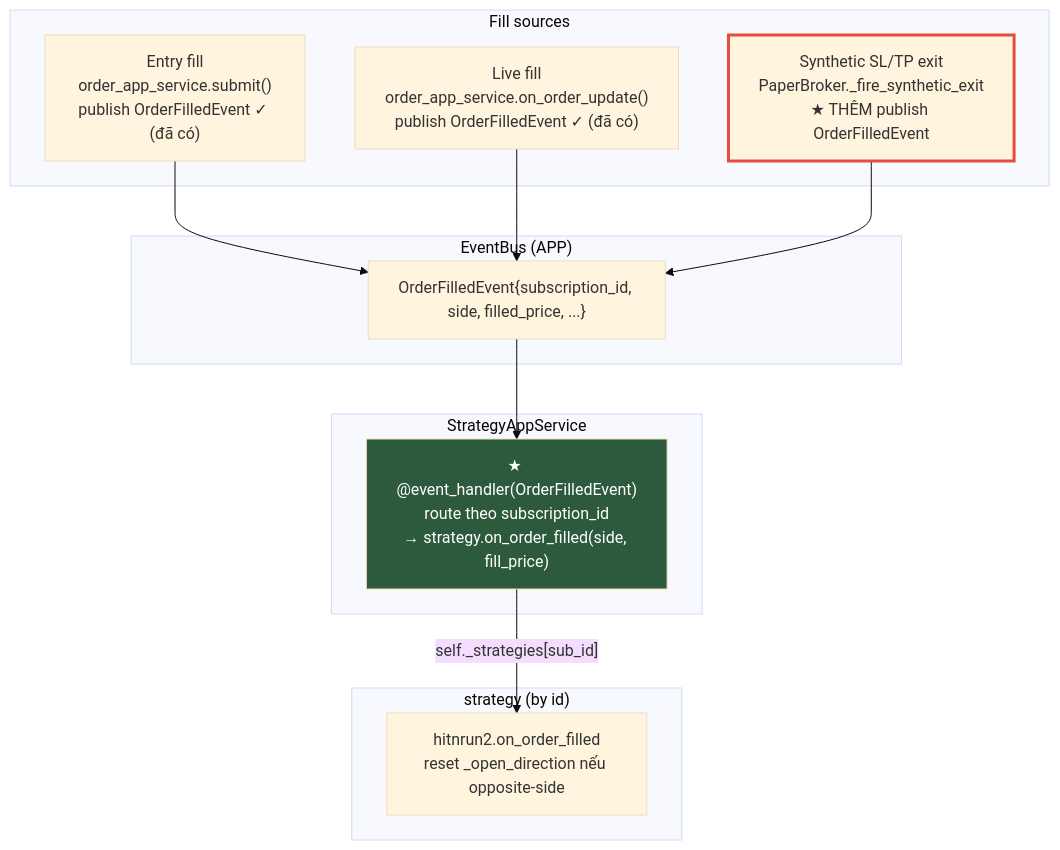
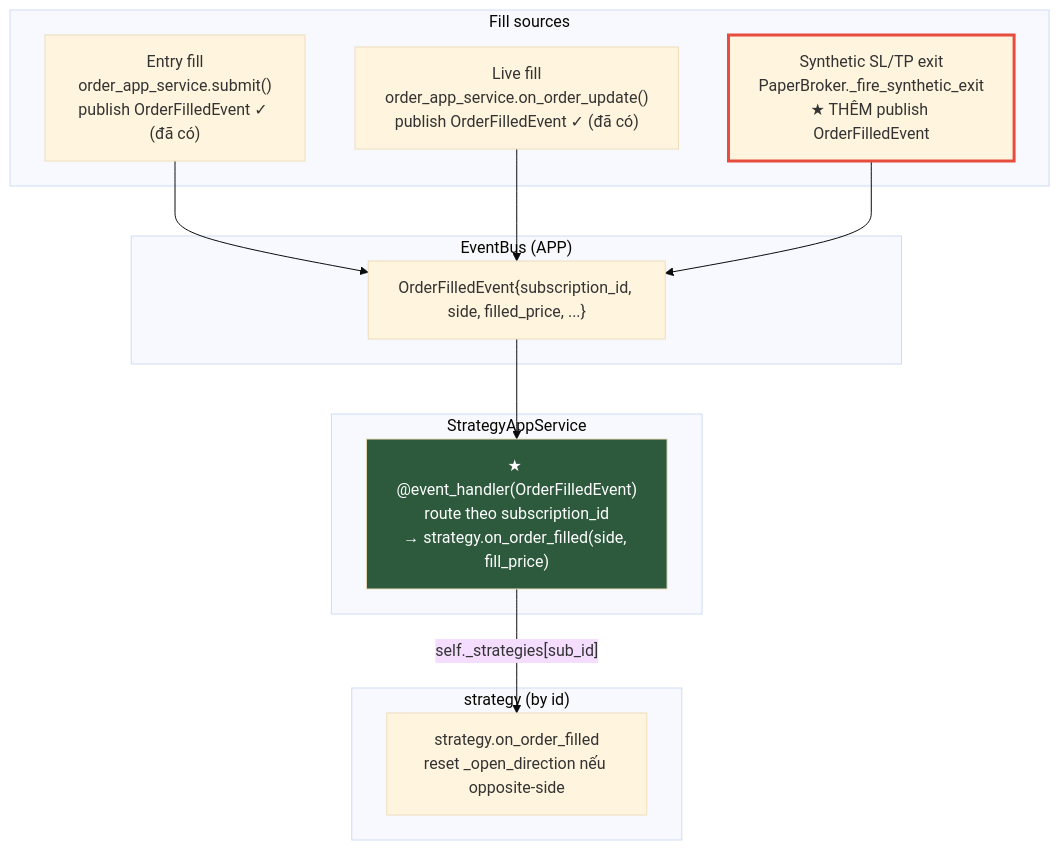
The diagram in plans/archive/260628-1514-backtest-onfill-sharpe-fix-hook-rename/plan.md (camping89/pocketquant), drawn with Mermaid (base theme) before and after one commit. The commit also changed other lines of this file and 143 other files, not shown here.

Commit message:
docs(plans): drop the retired hitnrun2 strategy from plan records

````diff
--- a/plans/archive/260628-1514-backtest-onfill-sharpe-fix-hook-rename/plan.md
+++ b/plans/archive/260628-1514-backtest-onfill-sharpe-fix-hook-rename/plan.md
@@ -47,23 +47,23 @@
 ```mermaid
 flowchart TD
     subgraph FILLS["Fill sources"]
         F1["Entry fill<br/>order_app_service.submit()<br/>publish OrderFilledEvent ✓ (đã có)"]
         F2["Live fill<br/>order_app_service.on_order_update()<br/>publish OrderFilledEvent ✓ (đã có)"]
         F3["Synthetic SL/TP exit<br/>PaperBroker._fire_synthetic_exit<br/>★ THÊM publish OrderFilledEvent"]
     end
     subgraph BUS["EventBus (APP)"]
         EV["OrderFilledEvent{subscription_id, side, filled_price, ...}"]
     end
     subgraph SAS["StrategyAppService"]
         H["★ @event_handler(OrderFilledEvent)<br/>route theo subscription_id<br/>→ strategy.on_order_filled(side, fill_price)"]
     end
     subgraph ST["strategy (by id)"]
-        S["hitnrun2.on_order_filled<br/>reset _open_direction nếu opposite-side"]
+        S["strategy.on_order_filled<br/>reset _open_direction nếu opposite-side"]
     end
     F1 --> EV
     F2 --> EV
     F3 --> EV
     EV --> H -->|"self._strategies[sub_id]"| S
     style F3 stroke:#e74c3c,stroke-width:3px
     style H fill:#2d5a3d,color:#fff
 ```
````
